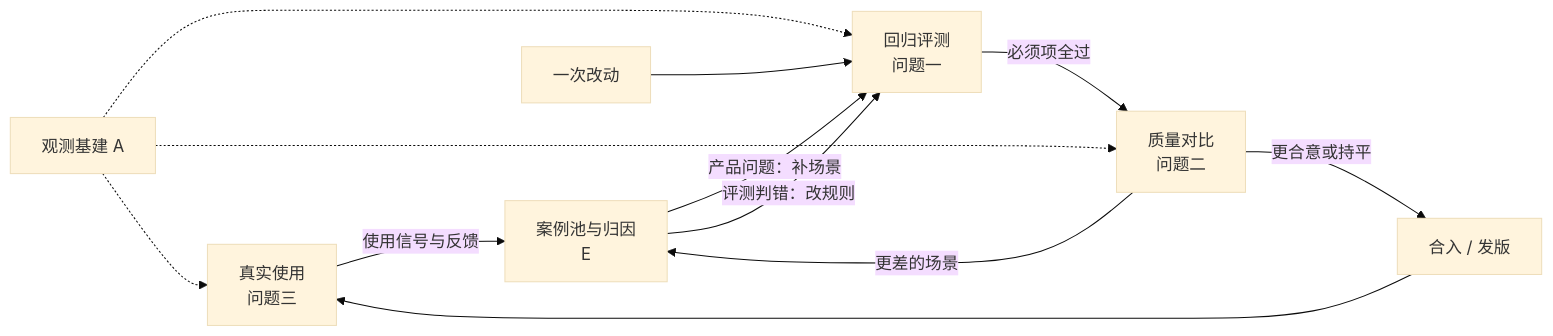
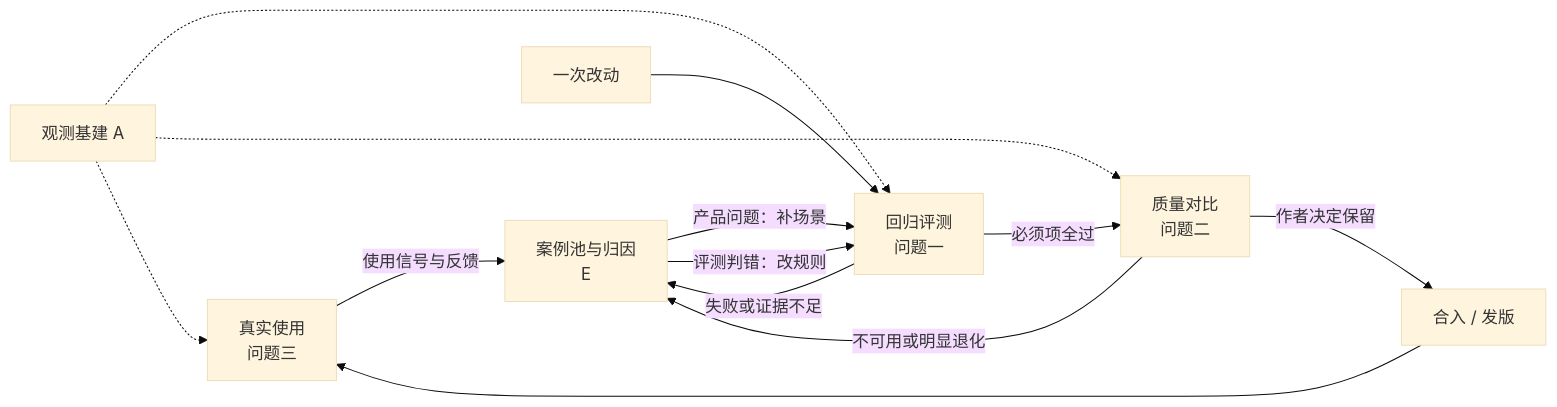
One commit to plankton12138/ClueLedger changed the diagram in dev-notes/evaluation/design.md. Above: the diagram before and after it, drawn with Mermaid (base theme). The commit also changed other lines of this file and 16 other files, not shown here.

````diff
--- a/dev-notes/evaluation/design.md
+++ b/dev-notes/evaluation/design.md
@@ -21,14 +21,15 @@
 ```mermaid
 flowchart LR
   use[真实使用<br/>问题三] -->|使用信号与反馈| pool[案例池与归因<br/>E]
   pool -->|产品问题：补场景| reg[回归评测<br/>问题一]
   pool -->|评测判错：改规则| reg
   change[一次改动] --> reg
+  reg -->|失败或证据不足| pool
   reg -->|必须项全过| cmp[质量对比<br/>问题二]
-  cmp -->|更合意或持平| ship[合入 / 发版]
-  cmp -->|更差的场景| pool
+  cmp -->|作者决定保留| ship[合入 / 发版]
+  cmp -->|不可用或明显退化| pool
   ship --> use
   obs[观测基建 A] -.-> reg
   obs -.-> cmp
   obs -.-> use
 ```
````
